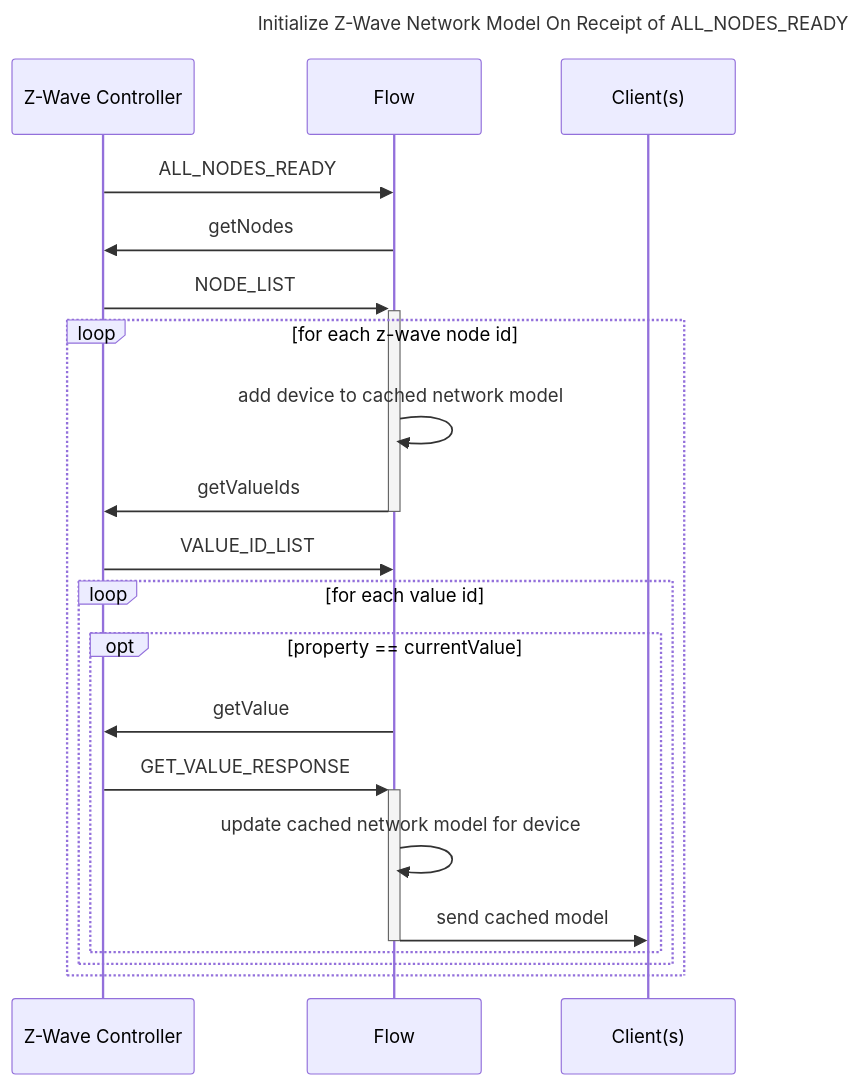
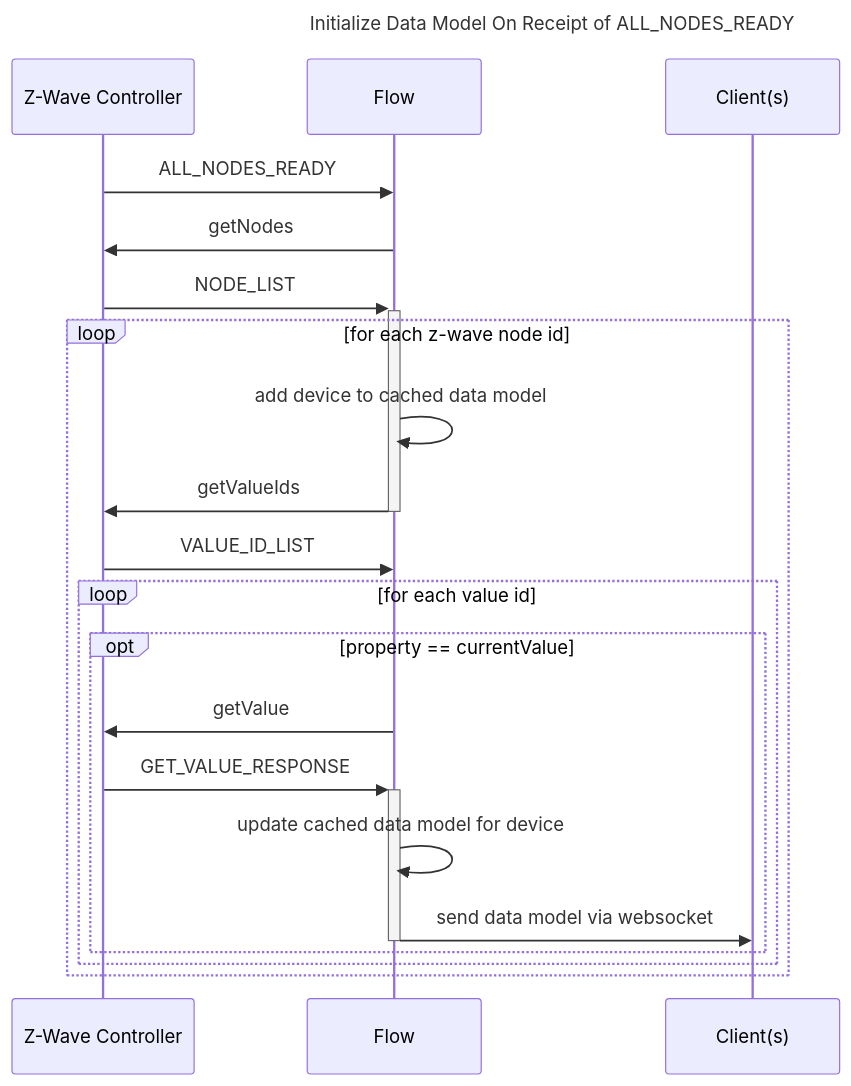
The third of 3 diagrams in README.md (parasaurolophus/node-red-zwave-js-example), drawn with Mermaid before and after one commit. The commit also changed other lines of this file and 7 other files, not shown here.

Commit message:
Improve flow readability and documentation

````diff
--- a/README.md
+++ b/README.md
@@ -359,31 +355,31 @@
 ```mermaid
 ---
-title: Initialize Z-Wave Network Model On Receipt of ALL_NODES_READY
+title: Initialize Data Model On Receipt of ALL_NODES_READY
 ---
 sequenceDiagram
 
     participant controller as Z-Wave Controller
     participant flow as Flow
     participant client as Client(s)
 
     controller ->> flow: ALL_NODES_READY
     flow ->> controller: getNodes
     controller ->>+ flow: NODE_LIST
 
     loop for each z-wave node id
 
-        flow ->> flow: add device to cached network model
+        flow ->> flow: add device to cached data model
         flow ->>- controller: getValueIds
         controller ->> flow: VALUE_ID_LIST
 
         loop for each value id
 
           opt property == currentValue
               flow ->> controller: getValue
               controller ->>+ flow: GET_VALUE_RESPONSE
-              flow ->> flow: update cached network model for device
-              flow ->>- client: send cached model
+              flow ->> flow: update cached data model for device
+              flow ->>- client: send data model via websocket
           end
         end
     end
 ```
````
